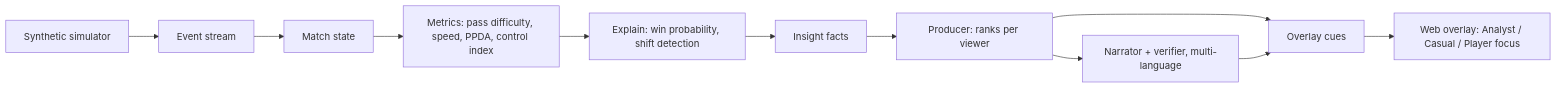
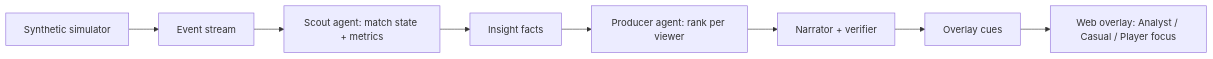
The diagram in README.md (christophertheys/synthetic-match-insights-engine), drawn with Mermaid before and after one commit. The commit also changed other lines of this file and 54 other files, not shown here.

Commit message:
Ship the Match Brain pipeline and demo. The five-stage engine, overlay, and submission video and remaining changes

````diff
--- a/README.md
+++ b/README.md
@@ -38,13 +65,10 @@
 ```mermaid
 flowchart LR
   Sim["Synthetic simulator"] --> Stream[Event stream]
-  Stream --> State[Match state]
-  State --> Metrics["Metrics: pass difficulty, speed, PPDA, control index"]
-  Metrics --> Explain["Explain: win probability, shift detection"]
-  Explain --> Facts[Insight facts]
-  Facts --> Producer["Producer: ranks per viewer"]
-  Producer --> Narrator["Narrator + verifier, multi-language"]
-  Producer --> Cues[Overlay cues]
-  Narrator --> Cues
+  Stream --> Scout["Scout agent: match state + metrics"]
+  Scout --> Facts[Insight facts]
+  Facts --> Producer["Producer agent: rank per viewer"]
+  Producer --> Narrator["Narrator + verifier"]
+  Narrator --> Cues[Overlay cues]
   Cues --> UI["Web overlay: Analyst / Casual / Player focus"]
 ```
````
